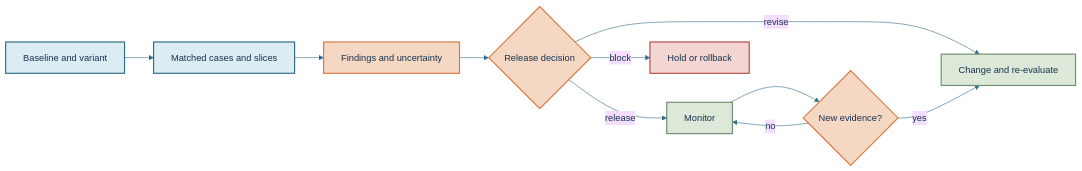
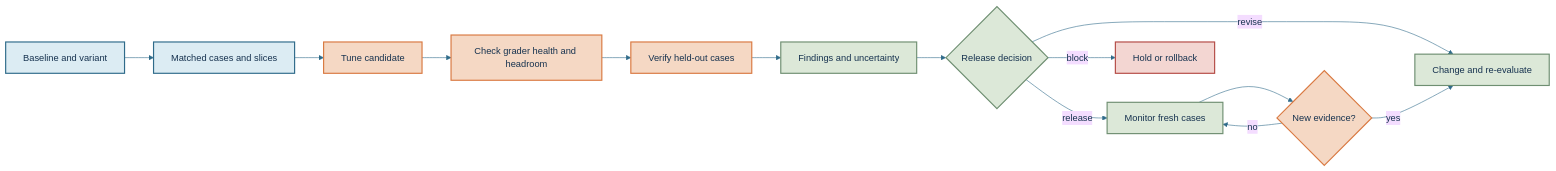
Before and after one commit to julie-elkins/claude-evaluation-lab: diagram 16 of 22 in GUIDE.md, drawn with Mermaid. The commit also changed other lines of this file and 11 other files, not shown here.

````diff
--- a/GUIDE.md
+++ b/GUIDE.md
@@ -3047,22 +3047,26 @@
 ```mermaid
 %%{init: {"theme":"base","themeVariables":{"background":"#F7F1E8","primaryTextColor":"#16324F","lineColor":"#2F6B8A","fontFamily":"ui-sans-serif, system-ui, sans-serif"}}}%%
 flowchart LR
     A["Baseline and variant"] --> B["Matched cases and slices"]
-    B --> C["Findings and uncertainty"]
-    C --> D{"Release decision"}
-    D -->|revise| E["Change and re-evaluate"]
-    D -->|release| F["Monitor"]
-    D -->|block| G["Hold or rollback"]
-    F --> H{"New evidence?"}
-    H -->|yes| E
-    H -->|no| F
+    B --> C["Tune candidate"]
+    C --> D["Check grader health and headroom"]
+    D --> E["Verify held-out cases"]
+    E --> F["Findings and uncertainty"]
+    F --> G{"Release decision"}
+    G -->|revise| H["Change and re-evaluate"]
+    G -->|release| I["Monitor fresh cases"]
+    G -->|block| J["Hold or rollback"]
+    I --> K{"New evidence?"}
+    K -->|yes| H
+    K -->|no| I
     classDef blue fill:#DCECF3,stroke:#2F6B8A,color:#16324F,stroke-width:2px
     classDef orange fill:#F5D8C4,stroke:#D97941,color:#16324F,stroke-width:2px
     classDef sage fill:#DCE8D8,stroke:#6F8F72,color:#16324F,stroke-width:2px
     classDef red fill:#F3D6D2,stroke:#B44B45,color:#16324F,stroke-width:2px
     class A,B blue
-    class C,D orange
-    class E,F sage
-    class G red
-    class H orange
+    class C,D,E orange
+    class F,G sage
+    class H,I sage
+    class J red
+    class K orange
 ```
````
